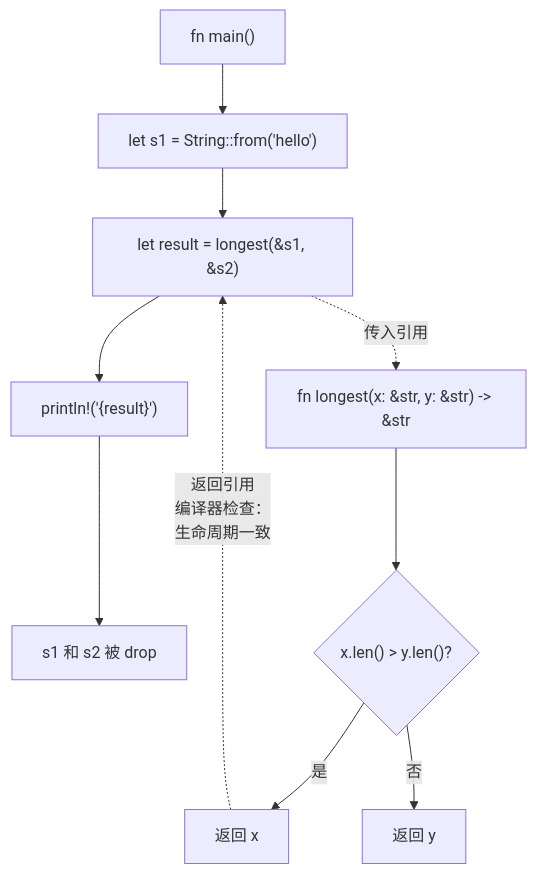
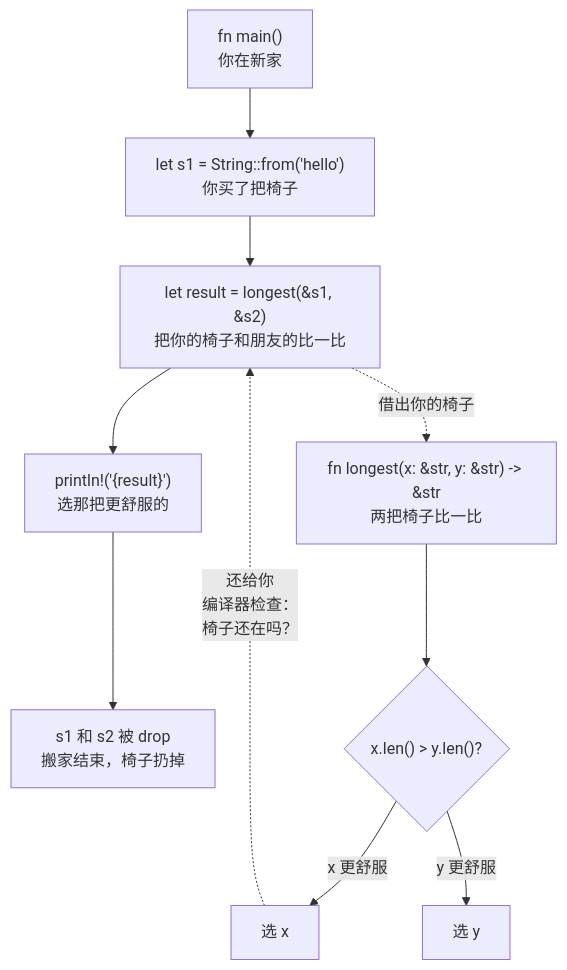
One commit to qknow-0/blog changed the third of 4 diagrams in languages/rust/ownership.md. Above: the diagram before and after it, drawn with Mermaid. The commit also changed other lines of this file and 10 other files, not shown here.

Commit message:
docs: Rust 全系列比喻重写——搬家/停车票/背包/快递/应聘/集装箱/图书馆/公寓楼/食品质检/酒店

````diff
--- a/languages/rust/ownership.md
+++ b/languages/rust/ownership.md
@@ -88,14 +92,14 @@
 ```mermaid
 flowchart TD
-    MAIN["fn main()"] --> A["let s1 = String::from('hello')"]
-    A --> B["let result = longest(&s1, &s2)"]
-    B --> C["println!('{result}')"]
-    C --> D["s1 和 s2 被 drop"]
+    MAIN["fn main()<br/>你在新家"] --> A["let s1 = String::from('hello')<br/>你买了把椅子"]
+    A --> B["let result = longest(&s1, &s2)<br/>把你的椅子和朋友的比一比"]
+    B --> C["println!('{result}')<br/>选那把更舒服的"]
+    C --> D["s1 和 s2 被 drop<br/>搬家结束，椅子扔掉"]
 
-    F["fn longest(x: &str, y: &str) -> &str"] --> G{"x.len() > y.len()?"}
-    G -->|是| H["返回 x"]
-    G -->|否| I["返回 y"]
+    F["fn longest(x: &str, y: &str) -> &str<br/>两把椅子比一比"] --> G{"x.len() > y.len()?"}
+    G -->|"x 更舒服"| H["选 x"]
+    G -->|"y 更舒服"| I["选 y"]
 
-    B -.->|传入引用| F
-    H -.->|"返回引用<br/>编译器检查：<br/>生命周期一致"| B
+    B -.->|"借出你的椅子"| F
+    H -.->|"还给你<br/>编译器检查：<br/>椅子还在吗？"| B
 ```
````
